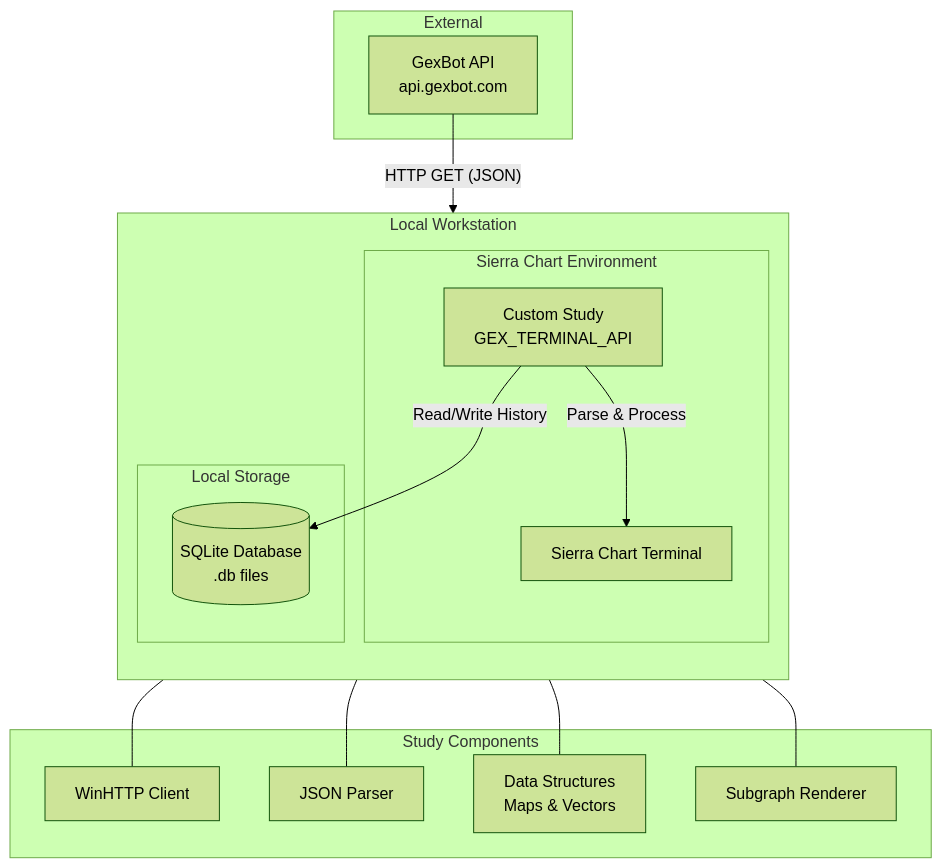
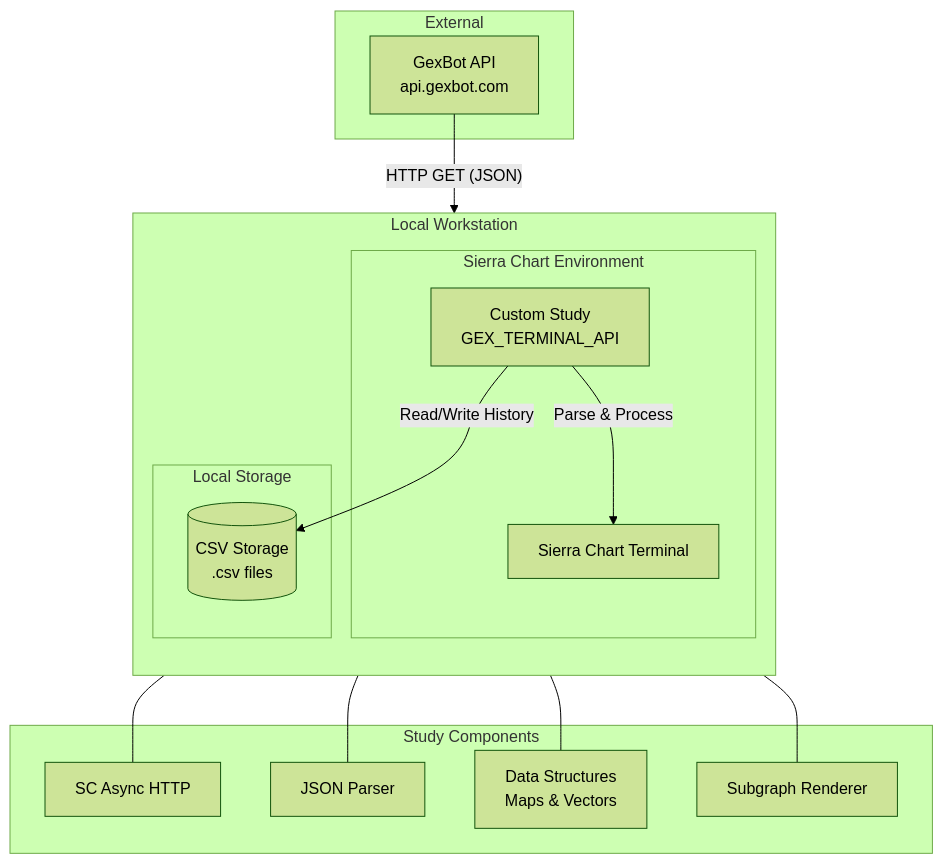
Before and after one commit to DorelRoata/SierraChartsGexBot: the diagram in README.md, drawn with Mermaid (forest theme). The commit also changed other lines of this file and 1 other file, not shown here.

Commit message:
Update README and diagram illustration

````diff
--- a/README.md
+++ b/README.md
@@ -20,37 +20,37 @@
 ```mermaid
 graph TD
     subgraph "External"
         API[GexBot API<br/>api.gexbot.com]
     end
 
     subgraph "Local Workstation"
         direction TB
         
         subgraph "Sierra Chart Environment"
             SC[Sierra Chart Terminal]
             Study[Custom Study<br/>GEX_TERMINAL_API]
         end
 
         subgraph "Local Storage"
-            DB[(SQLite Database<br/>.db files)]
+            DB[(CSV Storage<br/>.csv files)]
         end
     end
 
     %% Data Flow
     API -- "HTTP GET (JSON)" --> Study
     Study -- "Parse & Process" --> SC
     Study -- "Read/Write History" --> DB
     
     %% Internal Study Components
     subgraph "Study Components"
-        HTTP[WinHTTP Client]
+        HTTP[SC Async HTTP]
         JSON[JSON Parser]
         Cache[Data Structures<br/>Maps & Vectors]
         Renderer[Subgraph Renderer]
     end
     
     Study --- HTTP
     Study --- JSON
     Study --- Cache
     Study --- Renderer
 ```
````
